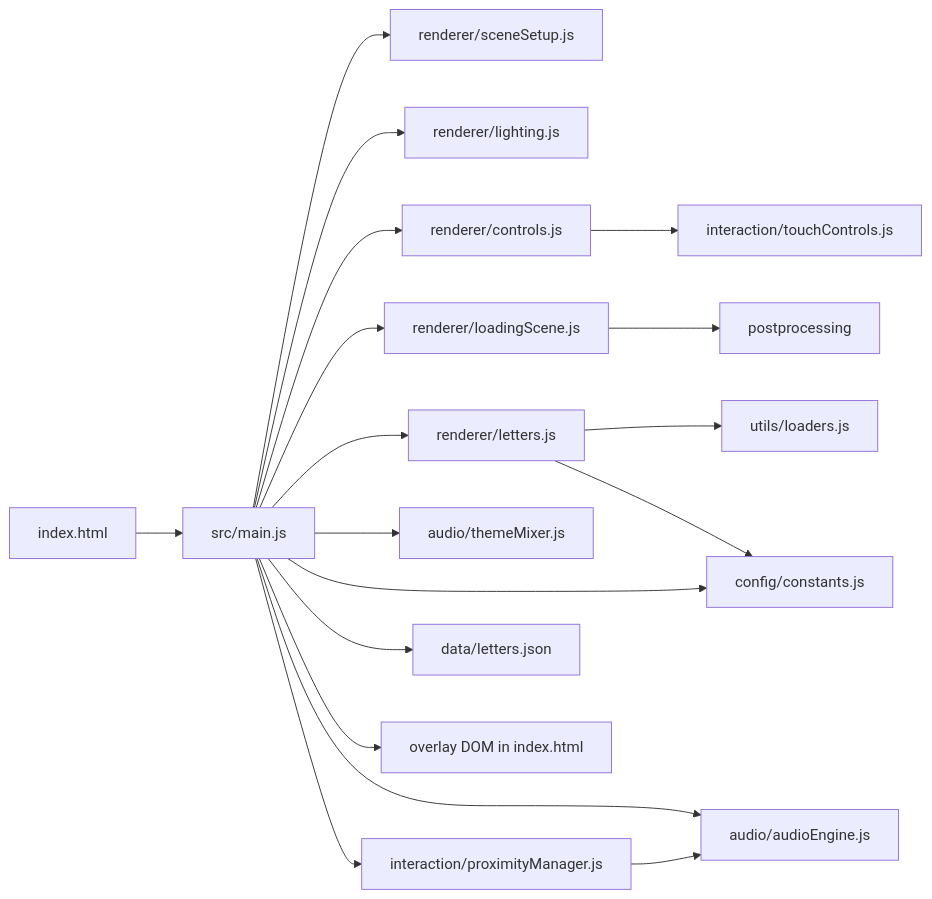
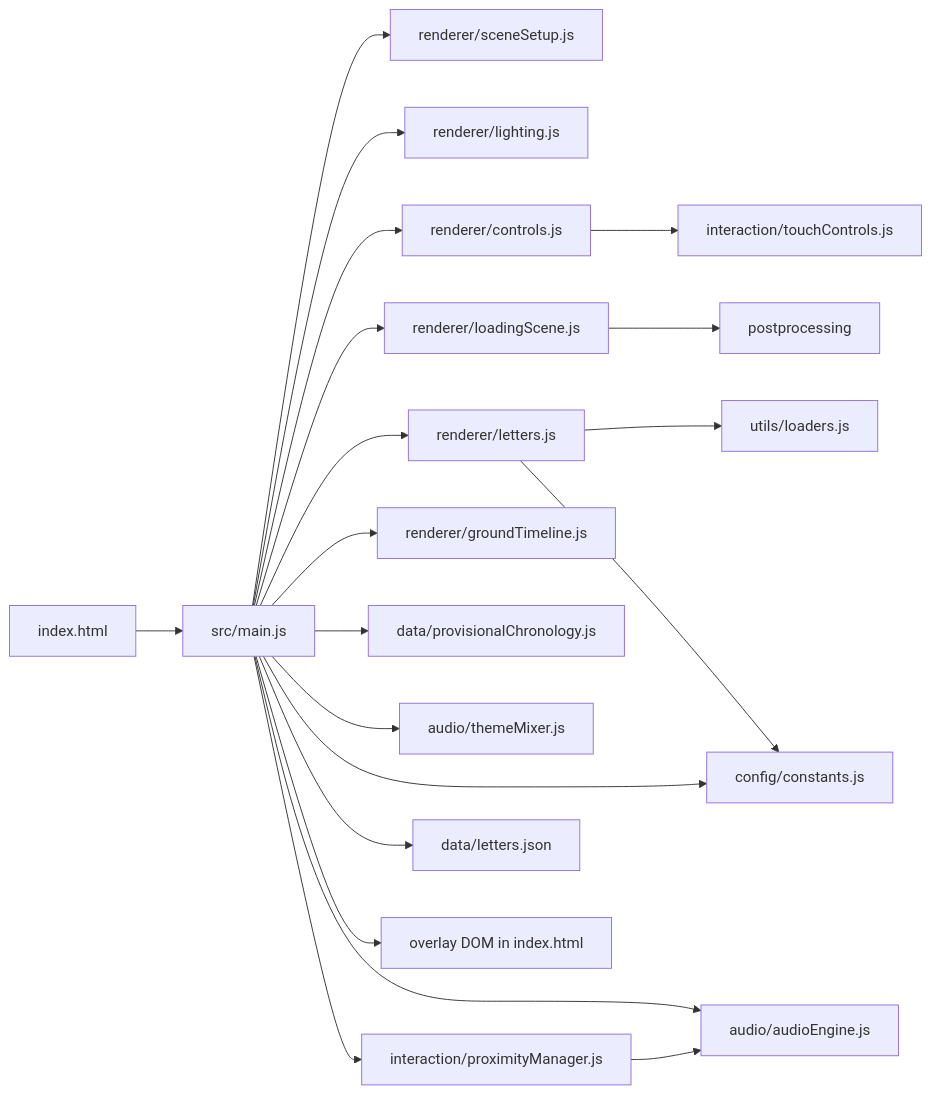
The diagram in docs/agents/shared/01-architecture.md (amrayach/house-of-letters), drawn with Mermaid before and after one commit. The commit also changed other lines of this file and 16 other files, not shown here.

Commit message:
Add provisional ground chronology timeline

````diff
--- a/docs/agents/shared/01-architecture.md
+++ b/docs/agents/shared/01-architecture.md
@@ -30,20 +31,22 @@
 ```mermaid
 flowchart LR
   HTML["index.html"] --> MAIN["src/main.js"]
   MAIN --> SCENE["renderer/sceneSetup.js"]
   MAIN --> LIGHT["renderer/lighting.js"]
   MAIN --> CTRL["renderer/controls.js"]
   CTRL --> TOUCH["interaction/touchControls.js"]
   MAIN --> LOADSCENE["renderer/loadingScene.js"]
   LOADSCENE --> POST["postprocessing"]
   MAIN --> LETTERS["renderer/letters.js"]
   LETTERS --> LOADERS["utils/loaders.js"]
   LETTERS --> CONST["config/constants.js"]
+  MAIN --> GT["renderer/groundTimeline.js"]
+  MAIN --> CHRONO["data/provisionalChronology.js"]
   MAIN --> AUDIO["audio/audioEngine.js"]
   MAIN --> MIXER["audio/themeMixer.js"]
   MAIN --> PROX["interaction/proximityManager.js"]
   PROX --> AUDIO
   MAIN --> DATA["data/letters.json"]
   MAIN --> CONST
   MAIN --> DOM["overlay DOM in index.html"]
 ```
````
